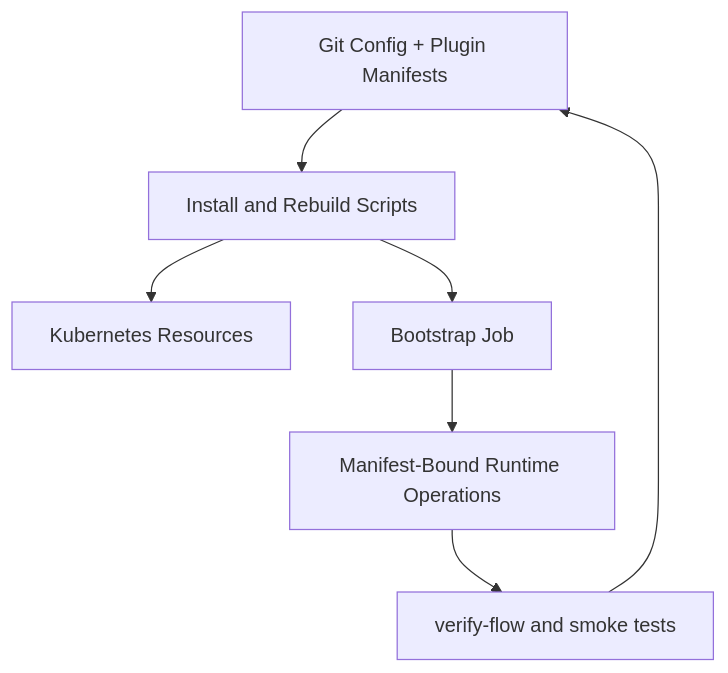
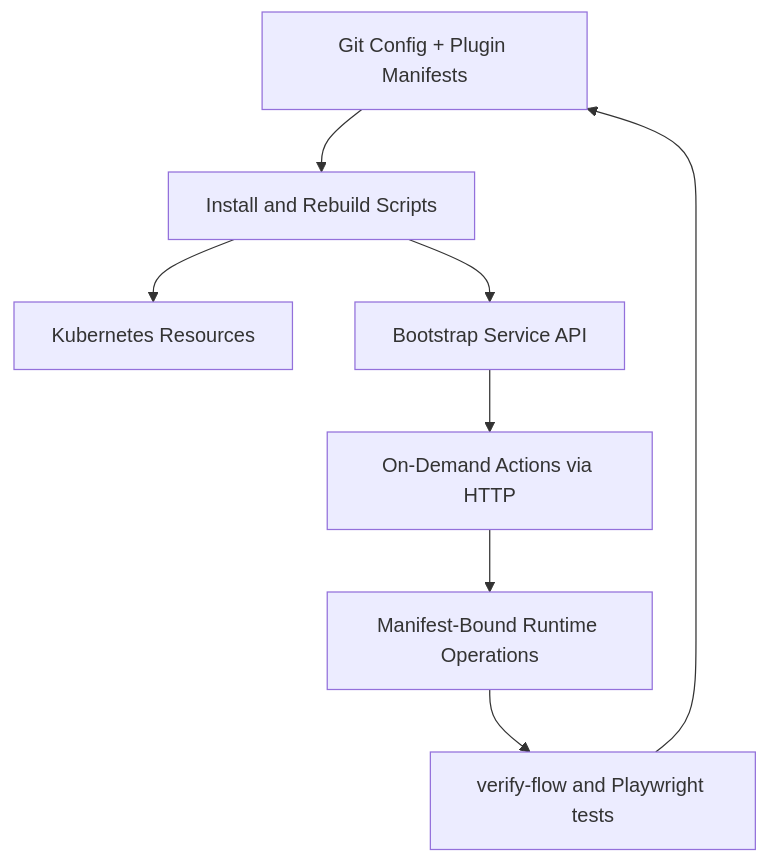
The third of 3 diagrams in docs/architecture.md (mploschiavo/mediaserver), drawn with Mermaid before and after one commit. The commit also changed other lines of this file and 11 other files, not shown here.

First line of the commit message:
Update docs and diagrams for bootstrap HTTP API, routing, and parity

````diff
--- a/docs/architecture.md
+++ b/docs/architecture.md
@@ -122,9 +145,10 @@
 ```mermaid
 flowchart TD
   GIT[Git Config + Plugin Manifests] --> INSTALL[Install and Rebuild Scripts]
   INSTALL --> K8S[Kubernetes Resources]
-  INSTALL --> BOOT[Bootstrap Job]
-  BOOT --> APPS[Manifest-Bound Runtime Operations]
-  APPS --> VERIFY[verify-flow and smoke tests]
+  INSTALL --> BOOT[Bootstrap Service API]
+  BOOT --> ACTIONS[On-Demand Actions via HTTP]
+  ACTIONS --> APPS[Manifest-Bound Runtime Operations]
+  APPS --> VERIFY[verify-flow and Playwright tests]
   VERIFY --> GIT
 ```
````
